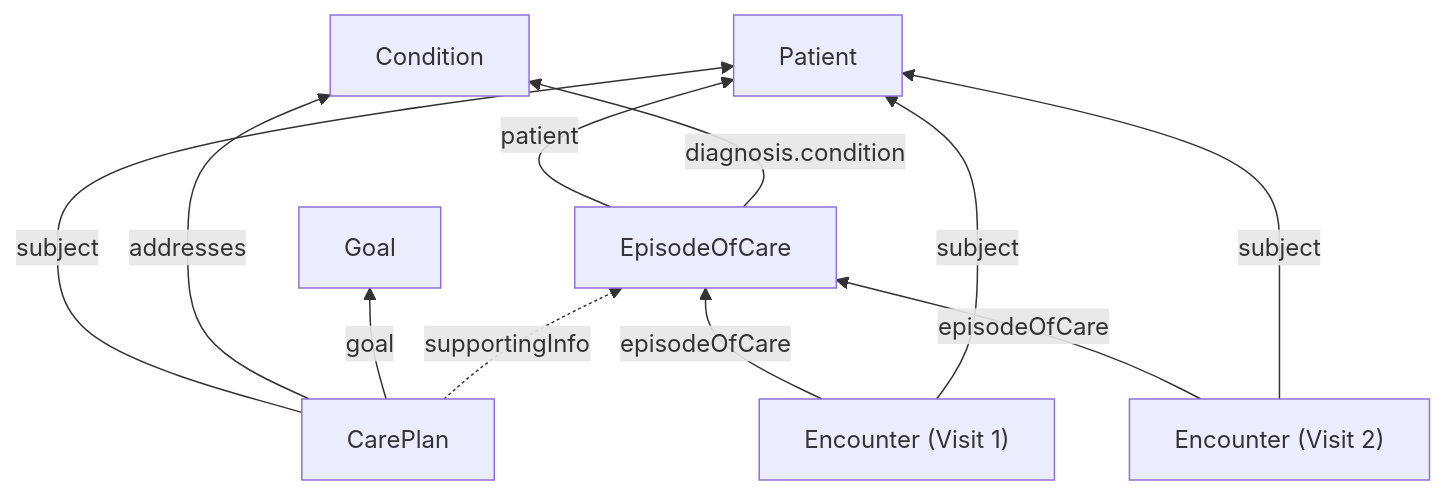
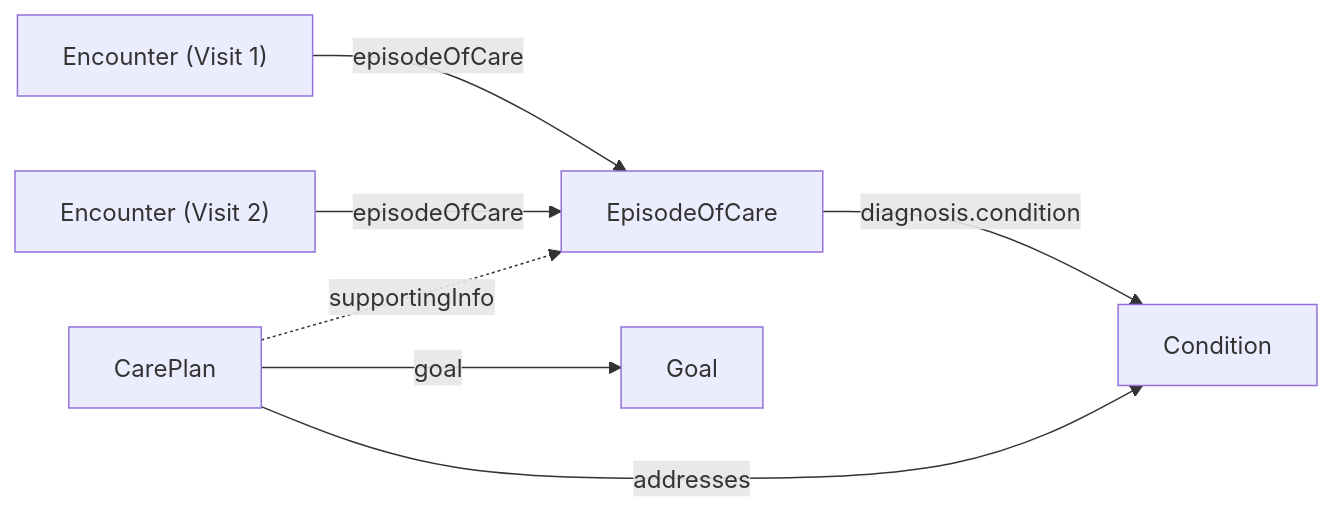
One commit to medplum/medplum changed the first of 2 diagrams in packages/docs/docs/careplans/longitudinal-patient-case-tracking.mdx. Above: the diagram before and after it, drawn with Mermaid. The commit also changed other lines of this file, not shown here.

First line of the commit message:
docs(careplans): simplify diagrams and clarify cross-linking asymmetry

````diff
--- a/packages/docs/docs/careplans/longitudinal-patient-case-tracking.mdx
+++ b/packages/docs/docs/careplans/longitudinal-patient-case-tracking.mdx
@@ -50,21 +52,9 @@
 ```mermaid
-flowchart BT
-  patient[Patient]
-  episode[EpisodeOfCare]
-  carePlan[CarePlan]
-  encounter1["Encounter (Visit 1)"]
-  encounter2["Encounter (Visit 2)"]
-  condition[Condition]
-  goal[Goal]
-
-  episode -->|patient| patient
-  carePlan -->|subject| patient
-  encounter1 -->|episodeOfCare| episode
-  encounter2 -->|episodeOfCare| episode
-  encounter1 -->|subject| patient
-  encounter2 -->|subject| patient
-  episode -->|"diagnosis.condition"| condition
-  carePlan -->|addresses| condition
-  carePlan -->|goal| goal
+flowchart LR
+  encounter1["Encounter (Visit 1)"] -->|episodeOfCare| episode[EpisodeOfCare]
+  encounter2["Encounter (Visit 2)"] -->|episodeOfCare| episode
+  episode -->|"diagnosis.condition"| condition[Condition]
+  carePlan[CarePlan] -->|addresses| condition
+  carePlan -->|goal| goal[Goal]
   carePlan -.->|supportingInfo| episode
 ```
````
